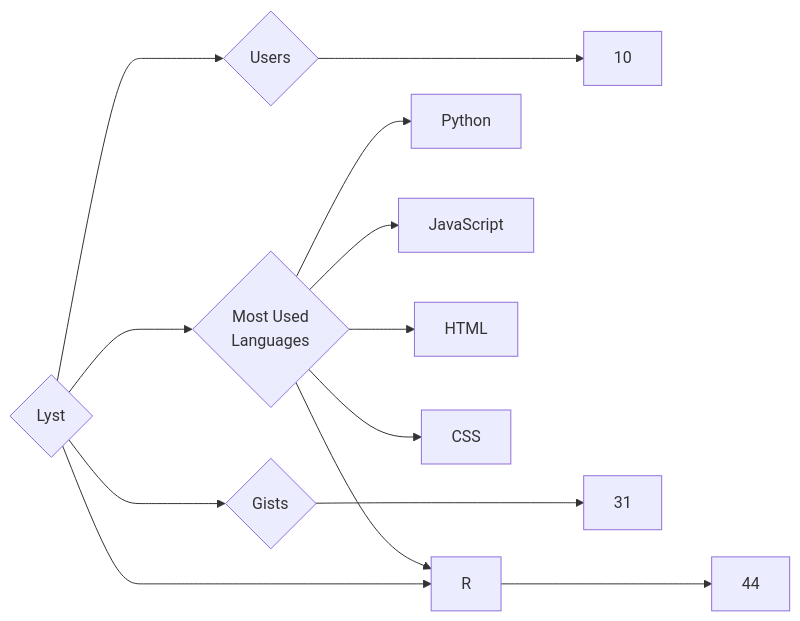
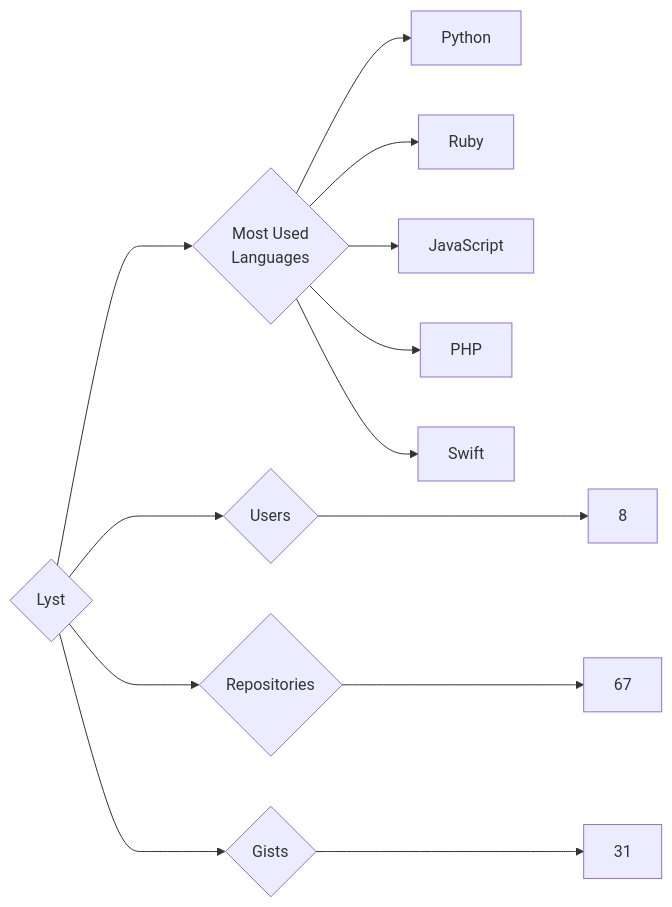
One commit to trickest/insiders changed the diagram in targets/Lyst/README.md. Above: the diagram before and after it, drawn with Mermaid. The commit also changed 720 other files, not shown here.

````diff
--- a/targets/Lyst/README.md
+++ b/targets/Lyst/README.md
@@ -3,13 +3,13 @@
 ```mermaid
 graph LR
 COMPANY_NAME{Lyst}
-COMPANY_NAME ---> U{Users} ---> UN[10]
-COMPANY_NAME ---> R{Repositories} ---> RN[44]
+COMPANY_NAME ---> U{Users} ---> UN[8]
+COMPANY_NAME ---> R{Repositories} ---> RN[67]
 COMPANY_NAME ---> G{Gists} ---> GN[31]
 COMPANY_NAME ---> ML{Most Used<br>Languages}
 ML --> Python[Python]
+ML --> Ruby[Ruby]
 ML --> JavaScript[JavaScript]
-ML --> HTML[HTML]
-ML --> R[R]
-ML --> CSS[CSS]
+ML --> PHP[PHP]
+ML --> Swift[Swift]
 ```
````
